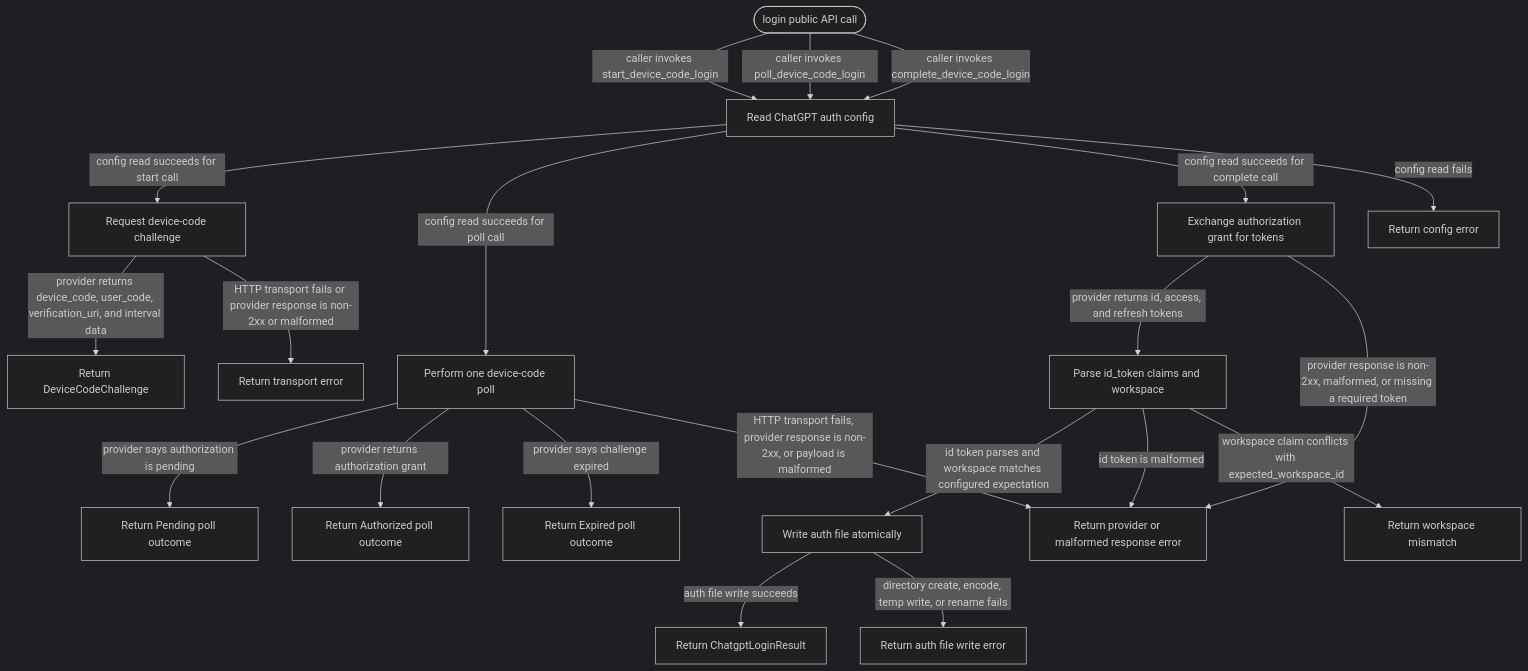
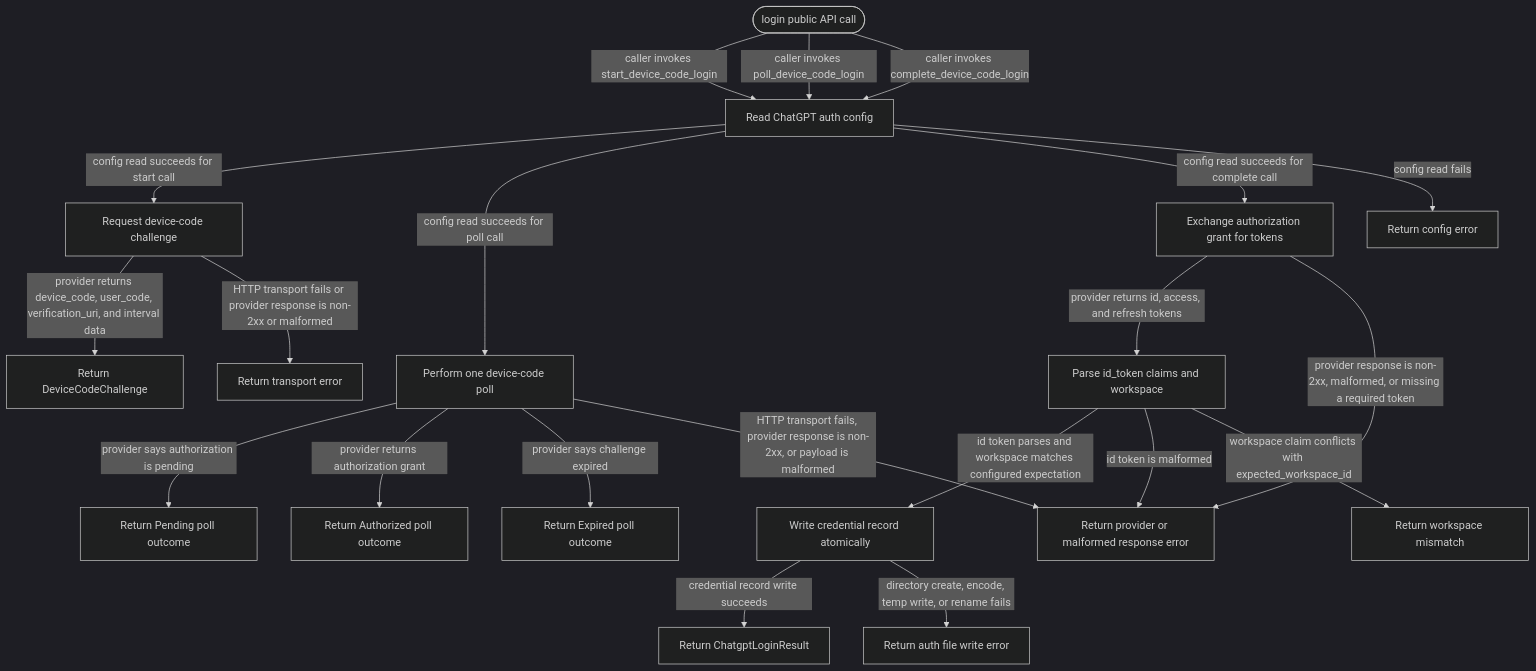
The diagram in crates/chatgpt-login/README.md (JiaJunDeng5930/Selvedge), drawn with Mermaid (dark theme) before and after one commit. The commit also changed other lines of this file and 40 other files, not shown here.

````diff
--- a/crates/chatgpt-login/README.md
+++ b/crates/chatgpt-login/README.md
@@ -87,41 +87,41 @@
 ```mermaid
 flowchart TD
   Start([login public API call])
   ReadConfig[Read ChatGPT auth config]
   StartChallenge[Request device-code challenge]
   Poll[Perform one device-code poll]
   Exchange[Exchange authorization grant for tokens]
   ValidateClaims[Parse id_token claims and workspace]
-  Persist[Write auth file atomically]
+  Persist[Write credential record atomically]
   Challenge[Return DeviceCodeChallenge]
   Pending[Return Pending poll outcome]
   Authorized[Return Authorized poll outcome]
   Expired[Return Expired poll outcome]
   Success[Return ChatgptLoginResult]
   ConfigError[Return config error]
   TransportError[Return transport error]
   ProviderError[Return provider or malformed response error]
   WorkspaceError[Return workspace mismatch]
   FileError[Return auth file write error]
 
   Start -->|caller invokes start_device_code_login| ReadConfig
   Start -->|caller invokes poll_device_code_login| ReadConfig
   Start -->|caller invokes complete_device_code_login| ReadConfig
   ReadConfig -->|config read succeeds for start call| StartChallenge
   ReadConfig -->|config read succeeds for poll call| Poll
   ReadConfig -->|config read succeeds for complete call| Exchange
   ReadConfig -->|config read fails| ConfigError
   StartChallenge -->|provider returns device_code, user_code, verification_uri, and interval data| Challenge
   StartChallenge -->|HTTP transport fails or provider response is non-2xx or malformed| TransportError
   Poll -->|provider says authorization is pending| Pending
   Poll -->|provider returns authorization grant| Authorized
   Poll -->|provider says challenge expired| Expired
   Poll -->|HTTP transport fails, provider response is non-2xx, or payload is malformed| ProviderError
   Exchange -->|provider returns id, access, and refresh tokens| ValidateClaims
   Exchange -->|provider response is non-2xx, malformed, or missing a required token| ProviderError
   ValidateClaims -->|id token parses and workspace matches configured expectation| Persist
   ValidateClaims -->|id token is malformed| ProviderError
   ValidateClaims -->|workspace claim conflicts with expected_workspace_id| WorkspaceError
-  Persist -->|auth file write succeeds| Success
+  Persist -->|credential record write succeeds| Success
   Persist -->|directory create, encode, temp write, or rename fails| FileError
 ```
````
